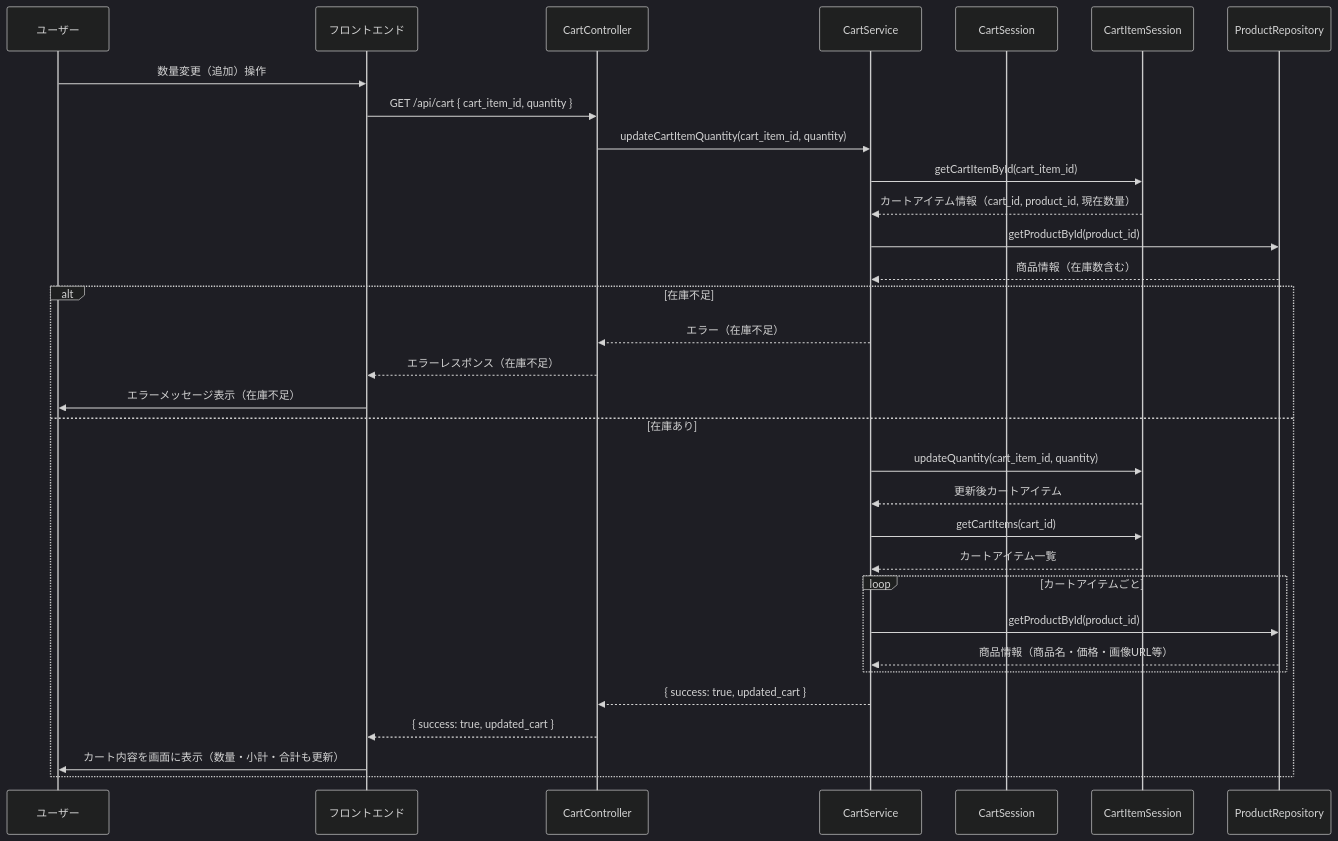
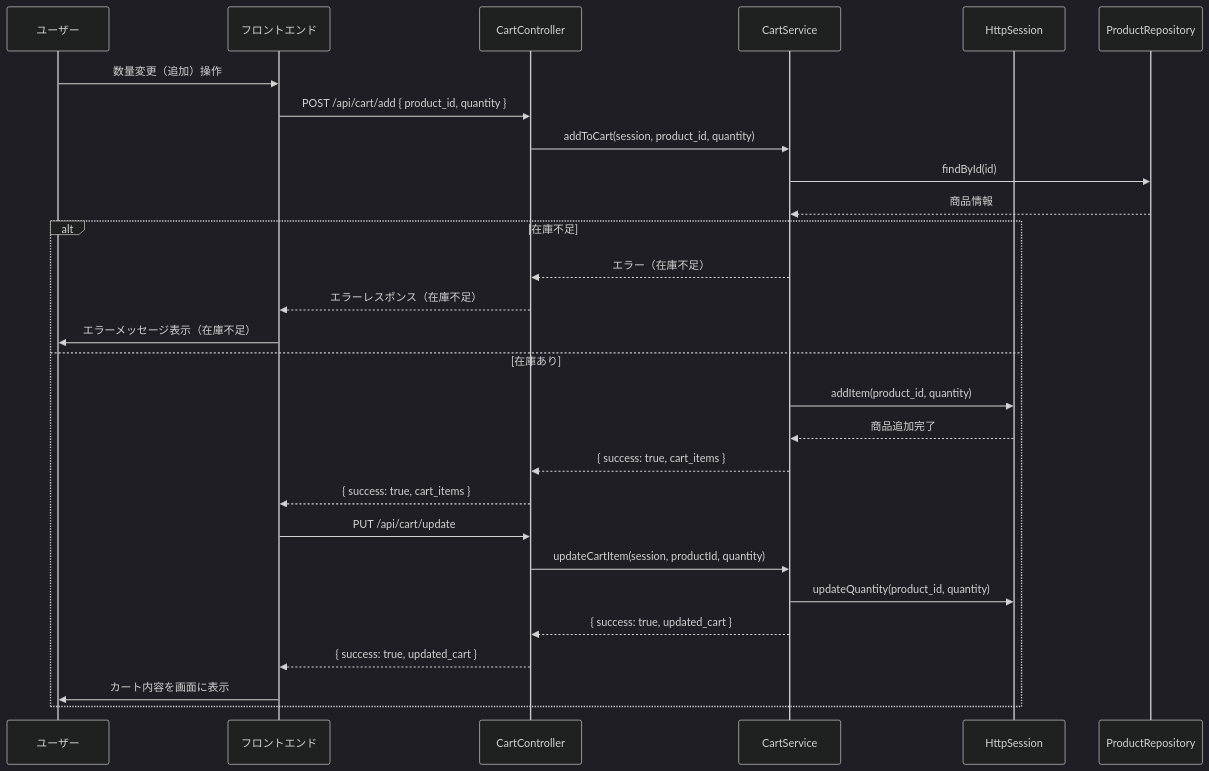
One commit to Aoi-Yaegashi/teamF changed the fifth of 35 diagrams in 詳細設計/担当B_村田/3.2 機能詳細.md. Above: the diagram before and after it, drawn with Mermaid (dark theme). The commit also changed other lines of this file and 1 other file, not shown here.

```diff
--- a/詳細設計/担当B_村田/3.2 機能詳細.md
+++ b/詳細設計/担当B_村田/3.2 機能詳細.md
@@ -184,57 +166,57 @@
 <div class="mermaid">
 sequenceDiagram
     participant User as ユーザー
     participant FE as フロントエンド
     participant CartC as CartController
     participant CartS as CartService
-    participant CartRepo as CartSession
-    participant CartItemRepo as CartItemSession
+    participant CartRepo as HttpSession
     participant ProdRepo as ProductRepository
 
     %% 1. ユーザーがカート画面で数量入力欄を編集し「更新」ボタンを押す
     User->>FE: 数量変更（追加）操作
-
     %% 2. フロントエンドがAPI呼び出し
-    FE->>CartC: GET /api/cart { cart_item_id, quantity }
+    FE->>CartC: POST /api/cart/add { product_id, quantity }
 
     %% 3. コントローラがサービスに処理を依頼
-    CartC->>CartS: updateCartItemQuantity(cart_item_id, quantity)
+    CartC->>CartS: addToCart(session, product_id, quantity)
 
-    %% 4. サービスがカートアイテムを取得
-    CartS->>CartItemRepo: getCartItemById(cart_item_id)
-    CartItemRepo-->>CartS: カートアイテム情報（cart_id, product_id, 現在数量）
+    %% 4. サービスが商品情報を取得（在庫チェックのため）
+    CartS->>ProdRepo: findById(id)
+    ProdRepo-->>CartS: 商品情報
 
-    %% 5. サービスが商品情報を取得（在庫チェックのため）
-    CartS->>ProdRepo: getProductById(product_id)
-    ProdRepo-->>CartS: 商品情報（在庫数含む）
-
-    %% 6. サービスが在庫チェック
+    %% 5. サービスが在庫チェック
     alt 在庫不足
         CartS-->>CartC: エラー（在庫不足）
         CartC-->>FE: エラーレスポンス（在庫不足）
         FE->>User: エラーメッセージ表示（在庫不足）
     else 在庫あり
-        %% 7. サービスがカートアイテムの数量を更新
-        CartS->>CartItemRepo: updateQuantity(cart_item_id, quantity)
-        CartItemRepo-->>CartS: 更新後カートアイテム
+        %% 6. サービスがCartセッションで既存カートの有無を確認
+        CartS->>CartRepo: addItem(product_id, quantity)
+        
+        CartRepo-->>CartS: 商品追加完了
 
-        %% 8. サービスが最新カート内容を取得
-        CartS->>CartItemRepo: getCartItems(cart_id)
-        CartItemRepo-->>CartS: カートアイテム一覧
+        %% 7. サービスがコントローラに返却
+        CartS-->>CartC: { success: true, cart_items }
 
-        %% 9. サービスが各カートアイテムの商品情報を取得し小計・合計を計算
-        loop カートアイテムごと
-            CartS->>ProdRepo: getProductById(product_id)
-            ProdRepo-->>CartS: 商品情報（商品名・価格・画像URL等）
-        end
+        %% 8. コントローラがフロントエンドにレスポンス
+        CartC-->>FE: { success: true, cart_items }
 
-        %% 10. サービスがコントローラに返却
+        %% 9. フロントエンドがAPI呼び出し
+        FE->>CartC: PUT /api/cart/update
+
+        %% 10. コントローラがサービスに処理を依頼
+        CartC->>CartS: updateCartItem(session, productId, quantity)
+
+        %% 11. 商品の数量を更新
+        CartS->>CartRepo: updateQuantity(product_id, quantity)
+
+        %% 12. サービスがコントローラに返却
         CartS-->>CartC: { success: true, updated_cart }
 
-        %% 11. コントローラがフロントエンドにレスポンス
+        %% 13. コントローラがフロントエンドにレスポンス
         CartC-->>FE: { success: true, updated_cart }
 
-        %% 12. フロントエンドが画面に反映
-        FE->>User: カート内容を画面に表示（数量・小計・合計も更新）
+        %% 14. フロントエンドが画面に反映
+        FE->>User: カート内容を画面に表示
     end
 </div>
```
